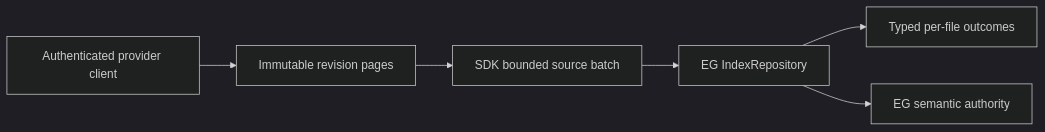
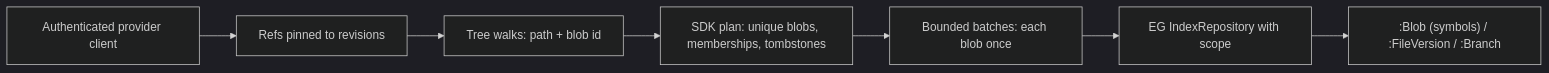
One commit to Knuckles-Team/agent-connector-sdk changed the diagram in docs/repository-ingestion.md. Above: the diagram before and after it, drawn with Mermaid (dark theme). The commit also changed other lines of this file and 15 other files, not shown here.

````diff
--- a/docs/repository-ingestion.md
+++ b/docs/repository-ingestion.md
@@ -11,8 +12,9 @@
 ```mermaid
 flowchart LR
-    A[Authenticated provider client] --> B[Immutable revision pages]
-    B --> C[SDK bounded source batch]
-    C --> D[EG IndexRepository]
-    D --> E[Typed per-file outcomes]
-    D --> F[EG semantic authority]
+    A[Authenticated provider client] --> B[Refs pinned to revisions]
+    B --> C[Tree walks: path + blob id]
+    C --> D[SDK plan: unique blobs, memberships, tombstones]
+    D --> E[Bounded batches: each blob once]
+    E --> F[EG IndexRepository with scope]
+    F --> G[":Blob (symbols) / :FileVersion / :Branch"]
 ```
````
